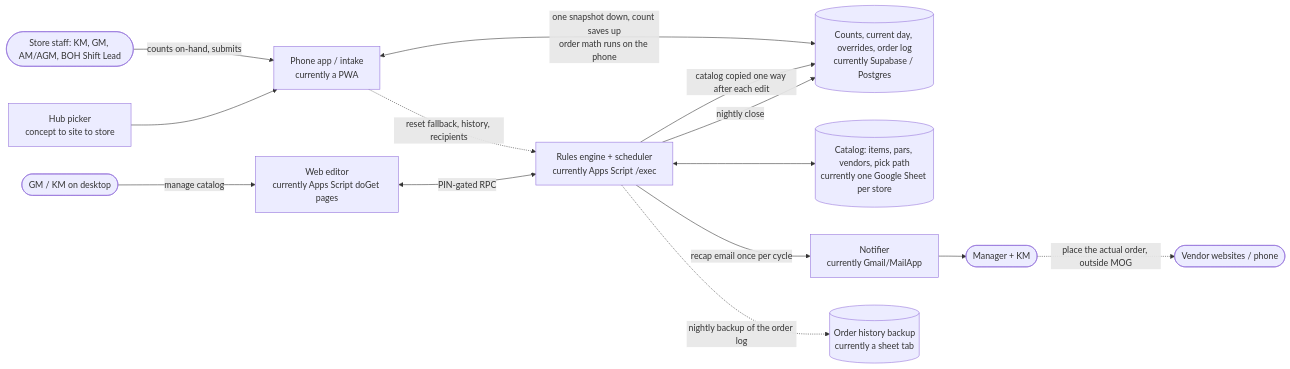
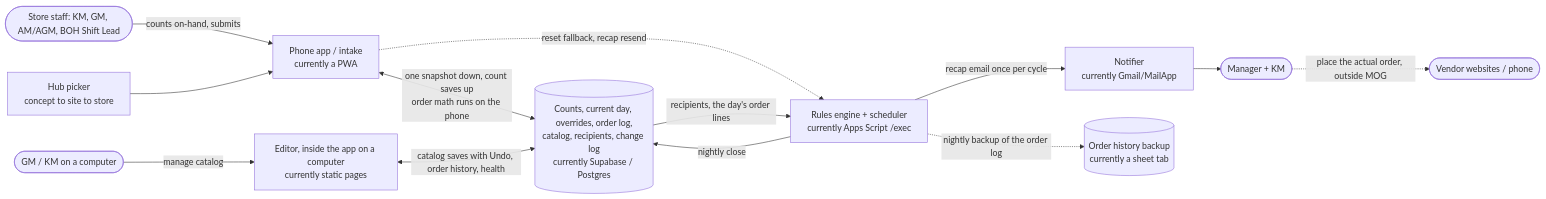
The diagram in docs/MOG_LogicBlueprint.md (SebHEH/mog-mobile), drawn with Mermaid before and after one commit. The commit also changed other lines of this file and 5 other files, not shown here.

First line of the commit message:
docs: session handoff 2026-10-19 (later) - one app on a computer, Phase 4's rest, every store moved

````diff
--- a/docs/MOG_LogicBlueprint.md
+++ b/docs/MOG_LogicBlueprint.md
@@ -142,19 +142,18 @@
 ```mermaid
 flowchart LR
   USER([Store staff: KM, GM, AM/AGM, BOH Shift Lead]) -->|counts on-hand, submits| PWA[Phone app / intake<br/>currently a PWA]
-  ADMIN([GM / KM on desktop]) -->|manage catalog| ED[Web editor<br/>currently Apps Script doGet pages]
+  ADMIN([GM / KM on a computer]) -->|manage catalog| ED[Editor, inside the app on a computer<br/>currently static pages]
   HUB[Hub picker<br/>concept to site to store] --> PWA
 
-  PWA <-->|one snapshot down, count saves up<br/>order math runs on the phone| DB[(Counts, current day, overrides, order log<br/>currently Supabase / Postgres)]
-  PWA -.->|reset fallback, history, recipients| API[Rules engine + scheduler<br/>currently Apps Script /exec]
-  ED <-->|PIN-gated RPC| API
+  PWA <-->|one snapshot down, count saves up<br/>order math runs on the phone| DB[(Counts, current day, overrides, order log,<br/>catalog, recipients, change log<br/>currently Supabase / Postgres)]
+  PWA -.->|reset fallback, recap resend| API[Rules engine + scheduler<br/>currently Apps Script /exec]
+  ED <-->|catalog saves with Undo, order history, health| DB
 
-  API <--> STORE[(Catalog: items, pars, vendors, pick path<br/>currently one Google Sheet per store)]
-  API -->|catalog copied one way after each edit| DB
   API -->|nightly close| DB
+  DB -->|recipients, the day's order lines| API
   API -->|recap email once per cycle| MAIL[Notifier<br/>currently Gmail/MailApp]
   MAIL --> RCPT([Manager + KM])
   RCPT -.->|place the actual order, outside MOG| VENDOR([Vendor websites / phone])
 
   API -.->|nightly backup of the order log| LOG[(Order history backup<br/>currently a sheet tab)]
 ```
````
